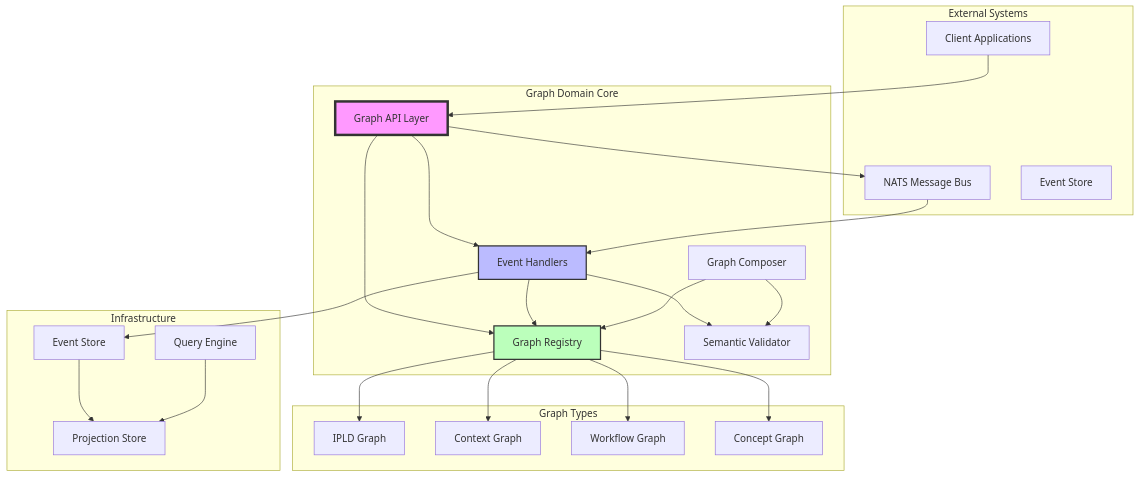
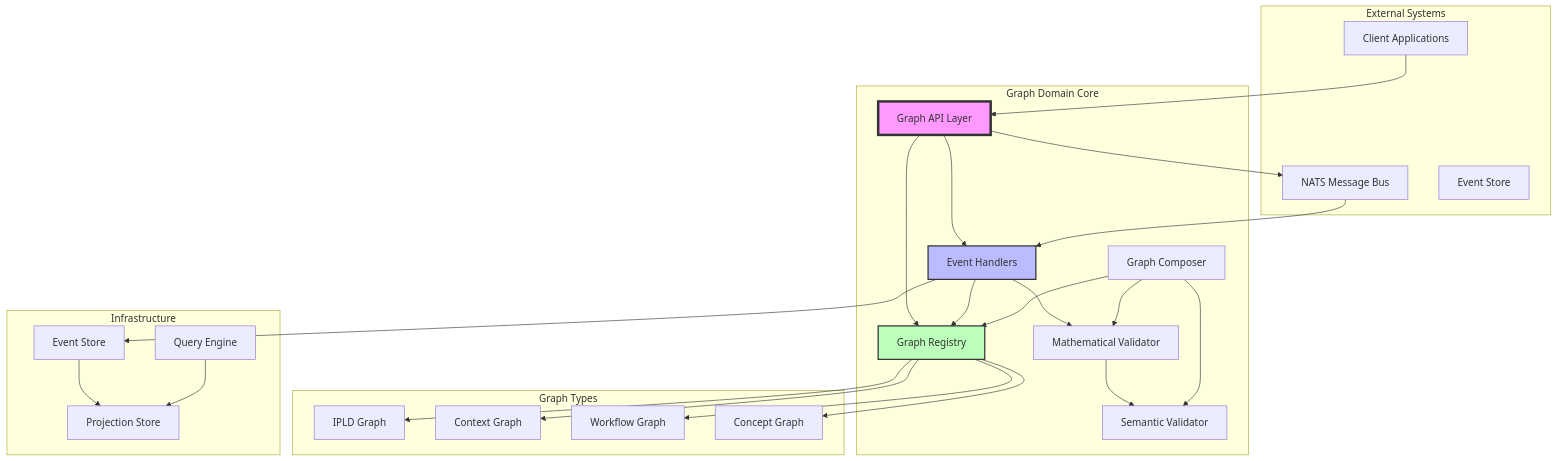
One commit to TheCowboyAI/cim-graph changed the first of 11 diagrams in doc/design/architecture-diagrams.md. Above: the diagram before and after it, drawn with Mermaid. The commit also changed other lines of this file and 7 other files, not shown here.

First line of the commit message:
feat: Add rigorous mathematical foundations to Graph Domain

````diff
--- a/doc/design/architecture-diagrams.md
+++ b/doc/design/architecture-diagrams.md
@@ -5,52 +5,55 @@
 ```mermaid
 graph TB
     subgraph "External Systems"
         Client[Client Applications]
         NATS[NATS Message Bus]
         Storage[Event Store]
     end
     
     subgraph "Graph Domain Core"
         API[Graph API Layer]
         Registry[Graph Registry]
         EventHandler[Event Handlers]
+        MathValidator[Mathematical Validator]
         Validator[Semantic Validator]
         Composer[Graph Composer]
         
         API --> Registry
         API --> EventHandler
-        EventHandler --> Validator
+        EventHandler --> MathValidator
+        MathValidator --> Validator
         EventHandler --> Registry
         Composer --> Registry
+        Composer --> MathValidator
         Composer --> Validator
     end
     
     subgraph "Graph Types"
         IPLD[IPLD Graph]
         Context[Context Graph]
         Workflow[Workflow Graph]
         Concept[Concept Graph]
     end
     
     subgraph "Infrastructure"
         EventStore[Event Store]
         ProjectionStore[Projection Store]
         QueryEngine[Query Engine]
     end
     
     Client --> API
     API --> NATS
     NATS --> EventHandler
     EventHandler --> EventStore
     EventStore --> ProjectionStore
     QueryEngine --> ProjectionStore
     
     Registry --> IPLD
     Registry --> Context
     Registry --> Workflow
     Registry --> Concept
     
     style API fill:#f9f,stroke:#333,stroke-width:4px
     style EventHandler fill:#bbf,stroke:#333,stroke-width:2px
     style Registry fill:#bfb,stroke:#333,stroke-width:2px
 ```
````
